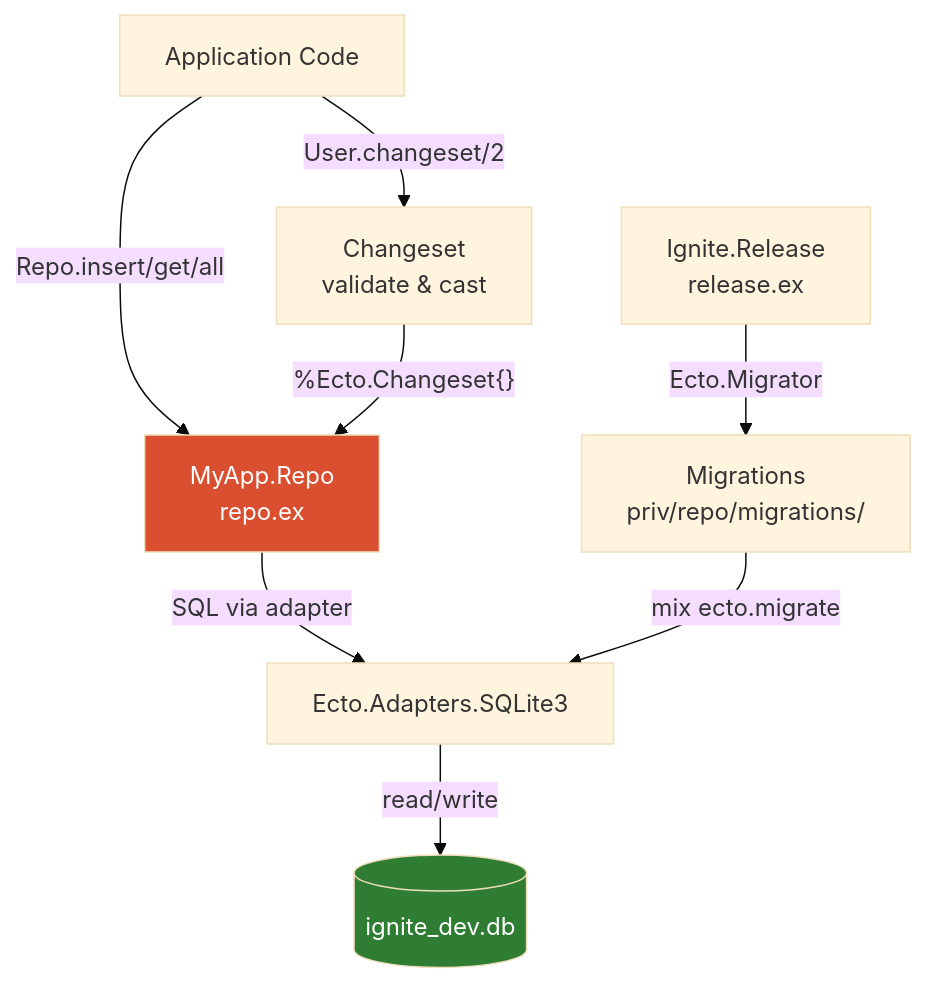
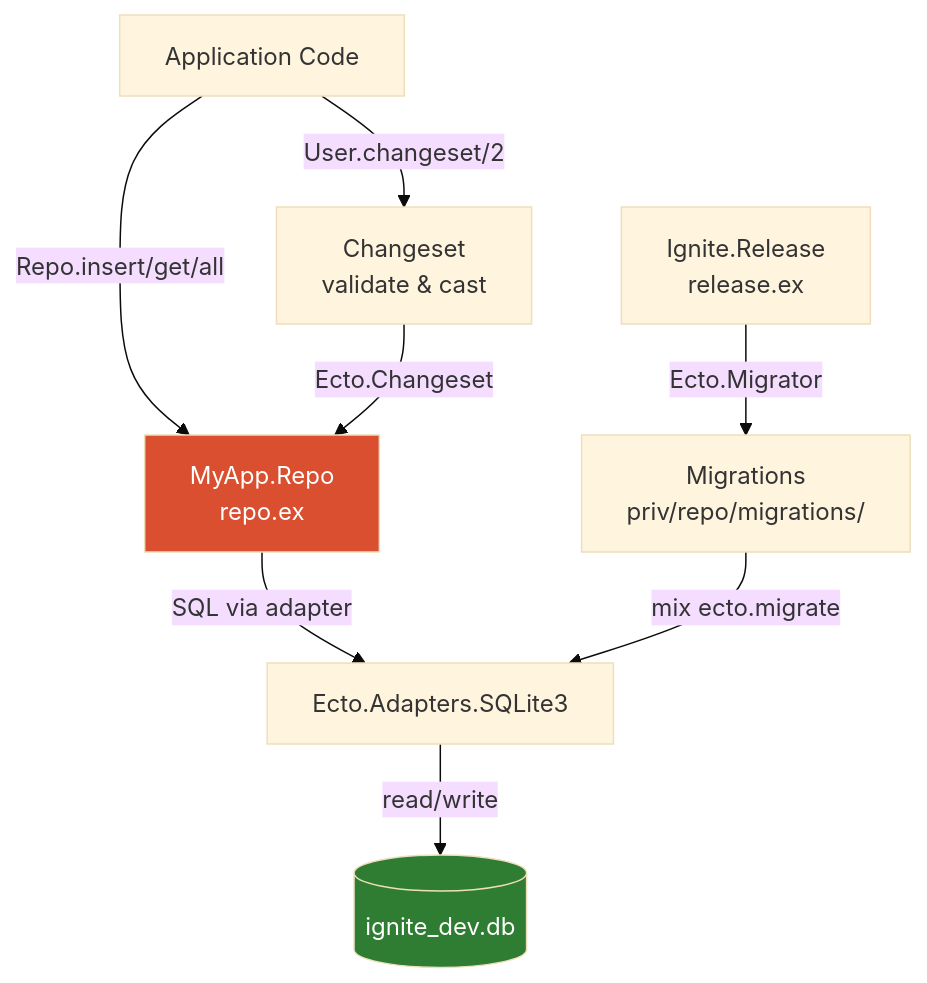
The diagram in course/modules/08-persistence.md (rajeshpillai/elixir-byowf), drawn with Mermaid (base theme) before and after one commit. The commit also changed 16 other files, not shown here.

First line of the commit message:
Fix Mermaid v11 syntax errors in course diagrams

````diff
--- a/course/modules/08-persistence.md
+++ b/course/modules/08-persistence.md
@@ -25,12 +25,12 @@
 ```mermaid
-graph TD
+flowchart TD
     App["Application Code"] -->|"Repo.insert/get/all"| Repo["MyApp.Repo<br/>repo.ex"]
     App -->|"User.changeset/2"| CS["Changeset<br/>validate & cast"]
-    CS -->|"%Ecto.Changeset{}"| Repo
+    CS -->|"Ecto.Changeset"| Repo
     Repo -->|"SQL via adapter"| Adapter["Ecto.Adapters.SQLite3"]
     Adapter -->|"read/write"| DB[("ignite_dev.db")]
     Mig["Migrations<br/>priv/repo/migrations/"] -->|"mix ecto.migrate"| Adapter
     Rel["Ignite.Release<br/>release.ex"] -->|"Ecto.Migrator"| Mig
     style Repo fill:#D94F30,color:#fff
     style DB fill:#2E7D32,color:#fff
 ```
````
